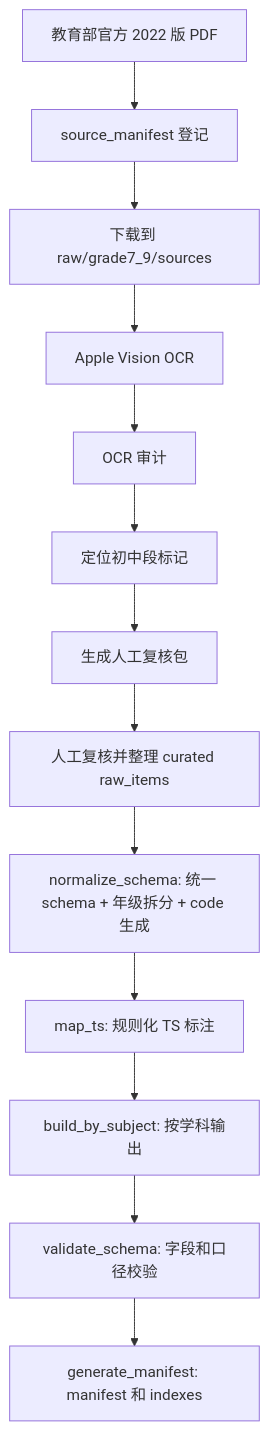
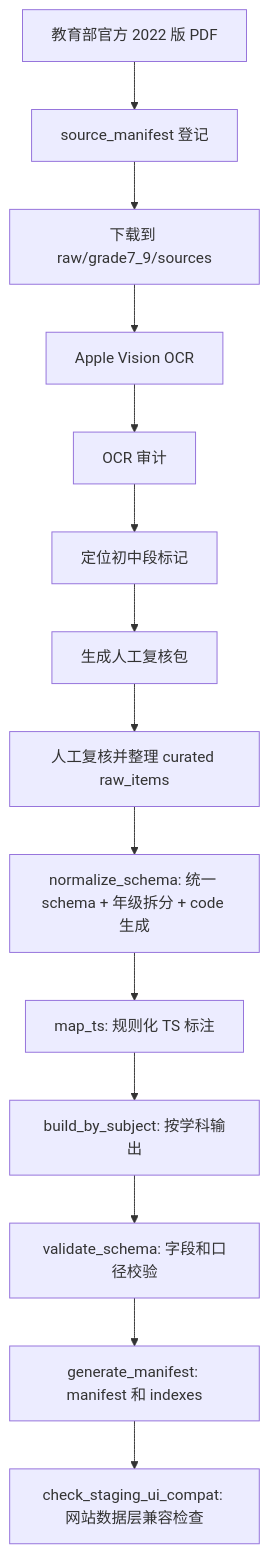
The diagram in docs/CURRICULUM_STANDARD_DECOMPOSITION_METHOD_SUMMARY.md (NBrangerF/curriculum-standards-breakdown), drawn with Mermaid before and after one commit. The commit also changed other lines of this file and 12 other files, not shown here.

Commit message:
test: add staging UI compatibility check

````diff
--- a/docs/CURRICULUM_STANDARD_DECOMPOSITION_METHOD_SUMMARY.md
+++ b/docs/CURRICULUM_STANDARD_DECOMPOSITION_METHOD_SUMMARY.md
@@ -157,15 +157,16 @@
 ```mermaid
 flowchart TD
   A["教育部官方 2022 版 PDF"] --> B["source_manifest 登记"]
   B --> C["下载到 raw/grade7_9/sources"]
   C --> D["Apple Vision OCR"]
   D --> E["OCR 审计"]
   E --> F["定位初中段标记"]
   F --> G["生成人工复核包"]
   G --> H["人工复核并整理 curated raw_items"]
   H --> I["normalize_schema: 统一 schema + 年级拆分 + code 生成"]
   I --> J["map_ts: 规则化 TS 标注"]
   J --> K["build_by_subject: 按学科输出"]
   K --> L["validate_schema: 字段和口径校验"]
   L --> M["generate_manifest: manifest 和 indexes"]
+  M --> N["check_staging_ui_compat: 网站数据层兼容检查"]
 ```
````
